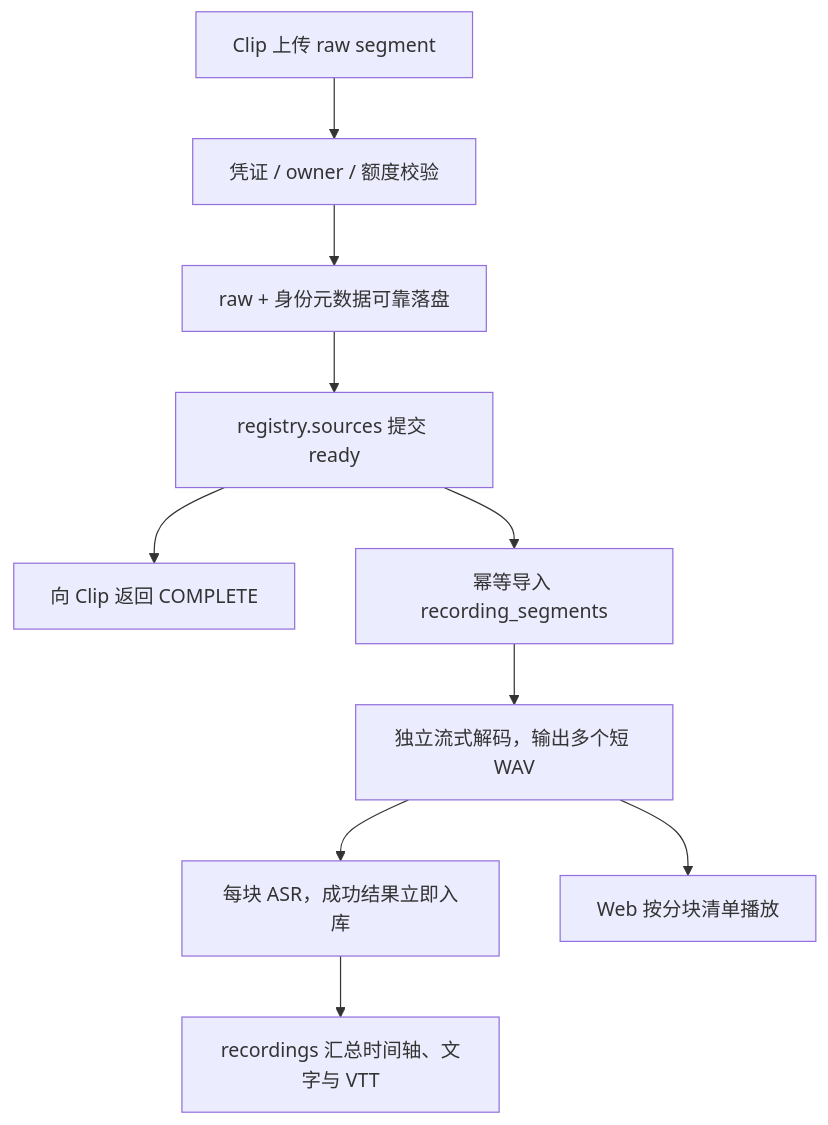
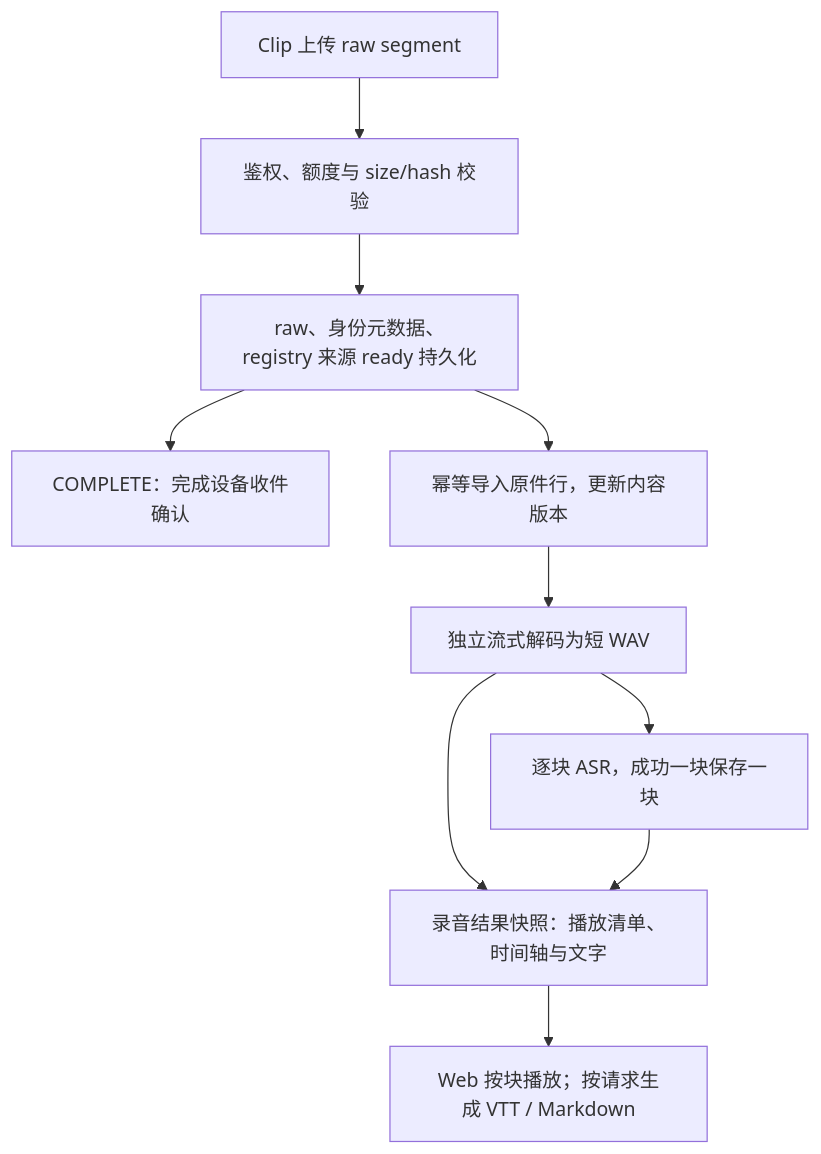
One commit to boboliu-1010/speaker changed the diagram in docs/audio-processing.md. Above: the diagram before and after it, drawn with Mermaid. The commit also changed other lines of this file and 6 other files, not shown here.

````diff
--- a/docs/audio-processing.md
+++ b/docs/audio-processing.md
@@ -24,12 +24,12 @@
 ```mermaid
 flowchart TD
-    A["Clip 上传 raw segment"] --> B["凭证 / owner / 额度校验"]
-    B --> C["raw + 身份元数据可靠落盘"]
-    C --> D["registry.sources 提交 ready"]
-    D --> E["向 Clip 返回 COMPLETE"]
-    D --> F["幂等导入 recording_segments"]
-    F --> G["独立流式解码，输出多个短 WAV"]
-    G --> H["每块 ASR，成功结果立即入库"]
-    H --> I["recordings 汇总时间轴、文字与 VTT"]
-    G --> J["Web 按分块清单播放"]
+    A["Clip 上传 raw segment"] --> B["鉴权、额度与 size/hash 校验"]
+    B --> C["raw、身份元数据、registry 来源 ready 持久化"]
+    C --> D["COMPLETE：完成设备收件确认"]
+    C --> E["幂等导入原件行，更新内容版本"]
+    E --> F["独立流式解码为短 WAV"]
+    F --> G["逐块 ASR，成功一块保存一块"]
+    F --> H["录音结果快照：播放清单、时间轴与文字"]
+    G --> H
+    H --> I["Web 按块播放；按请求生成 VTT / Markdown"]
 ```
````
